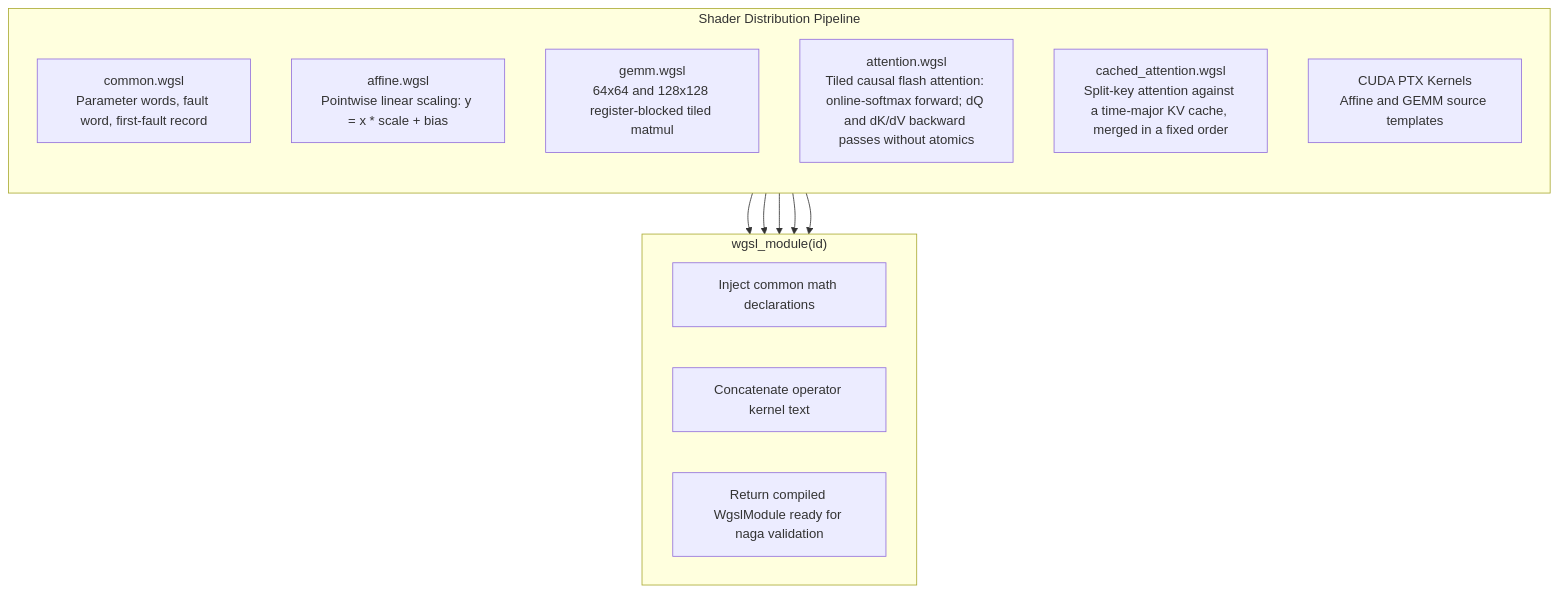
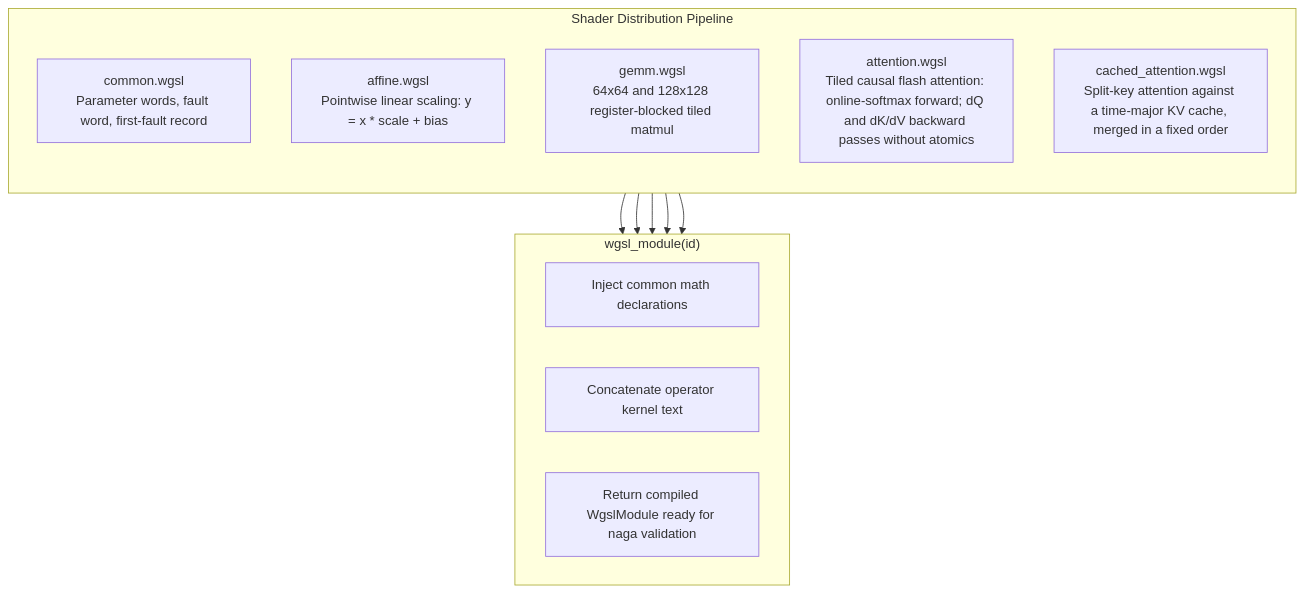
One commit to bharathvbcr/ojas changed the third of 3 diagrams in ojas-kernels/README.md. Above: the diagram before and after it, drawn with Mermaid. The commit also changed other lines of this file and 43 other files, not shown here.

````diff
--- a/ojas-kernels/README.md
+++ b/ojas-kernels/README.md
@@ -75,24 +76,23 @@
 ```mermaid
 flowchart TD
     subgraph Shaders["Shader Distribution Pipeline"]
         direction TB
         Common["common.wgsl\nParameter words, fault word, first-fault record"]
         AffineWGSL["affine.wgsl\nPointwise linear scaling: y = x * scale + bias"]
         GemmWGSL["gemm.wgsl\n64x64 and 128x128 register-blocked tiled matmul"]
         AttnWGSL["attention.wgsl\nTiled causal flash attention: online-softmax forward; dQ and dK/dV backward passes without atomics"]
         CachedWGSL["cached_attention.wgsl\nSplit-key attention against a time-major KV cache, merged in a fixed order"]
-        CudaKernels["CUDA PTX Kernels\nAffine and GEMM source templates"]
     end
 
     subgraph Assembly["wgsl_module(id)"]
         Header["Inject common math declarations"]
         Body["Concatenate operator kernel text"]
         Validation["Return compiled WgslModule ready for naga validation"]
     end
 
     Common --> Assembly
     AffineWGSL --> Assembly
     GemmWGSL --> Assembly
     AttnWGSL --> Assembly
     CachedWGSL --> Assembly
 ```
````
